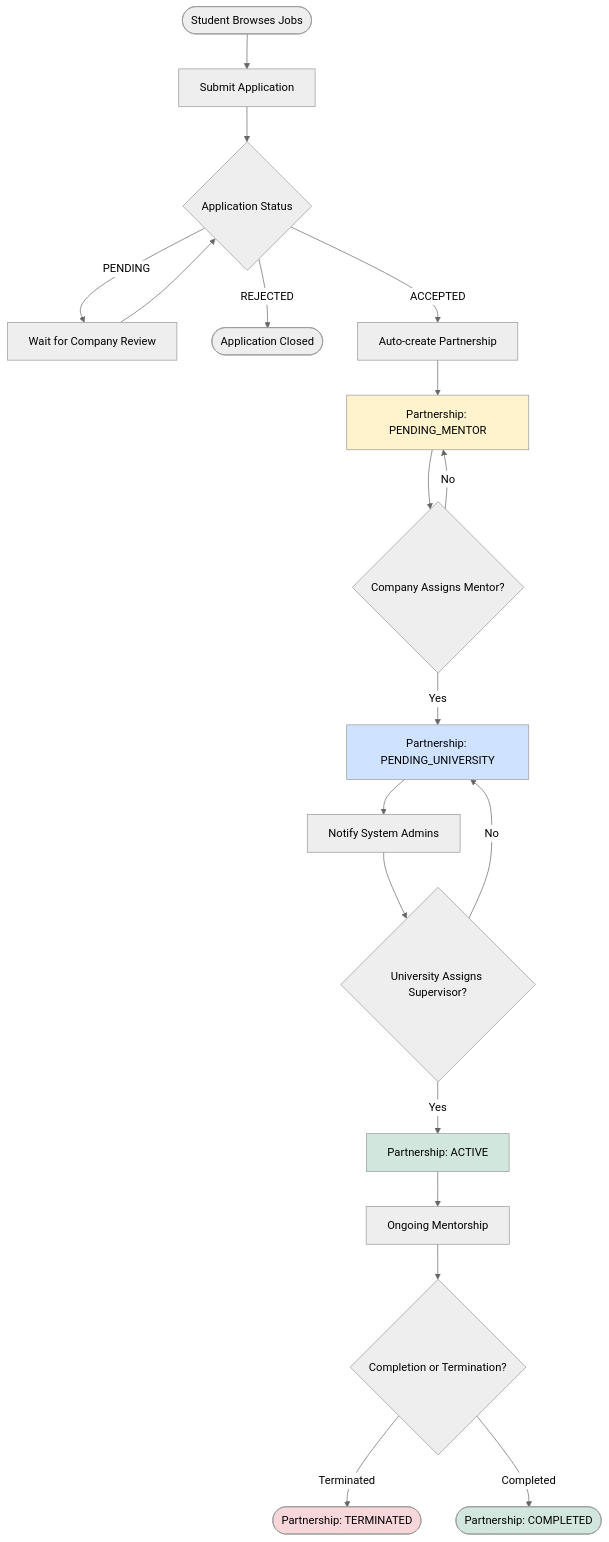
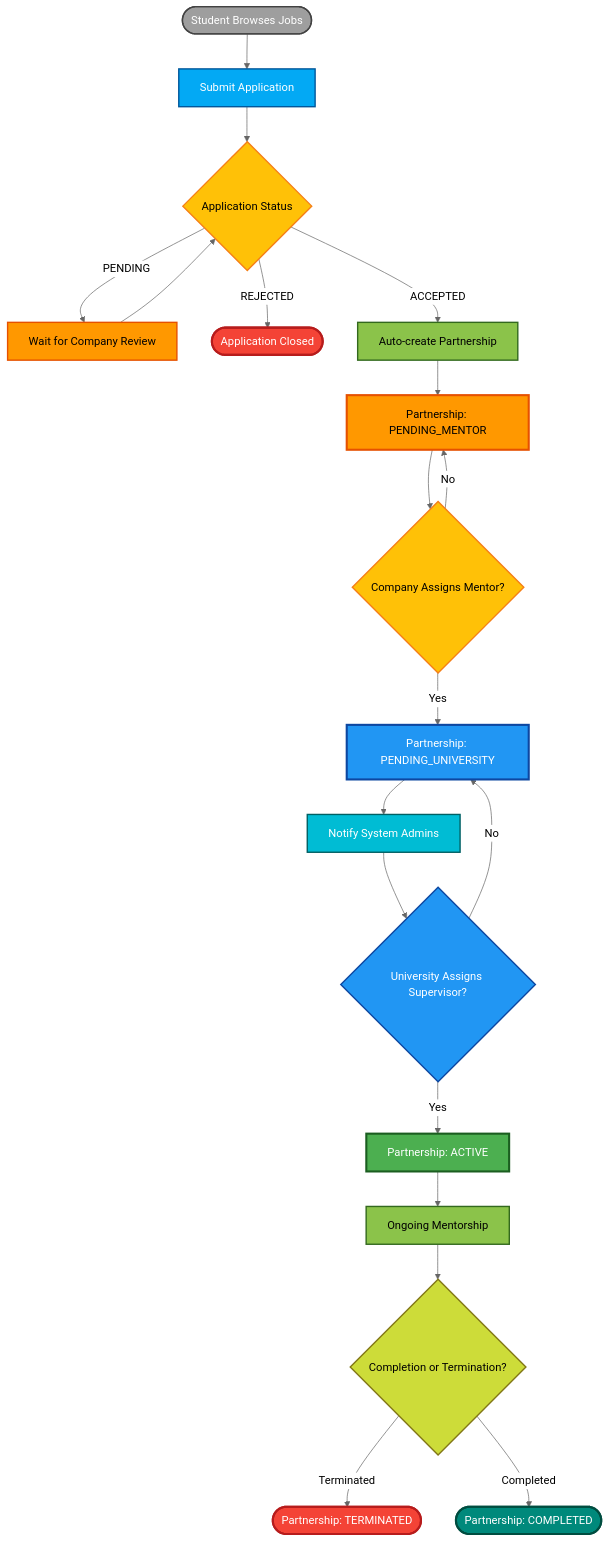
One commit to DrozsdikAdam/dual-kepzes-backend changed the sixth of 7 diagrams in README.md. Above: the diagram before and after it, drawn with Mermaid (neutral theme). The commit also changed other lines of this file, not shown here.

Commit message:
recoloring for better visibility

````diff
--- a/README.md
+++ b/README.md
@@ -333,33 +339,44 @@
 ```mermaid
 flowchart TD
     Start([Student Browses Jobs]) --> Apply[Submit Application]
     Apply --> Status{Application Status}
     
     Status -->|PENDING| Wait[Wait for Company Review]
     Wait --> Status
     
     Status -->|REJECTED| End1([Application Closed])
     
     Status -->|ACCEPTED| CreatePartnership[Auto-create Partnership]
     CreatePartnership --> P1[Partnership: PENDING_MENTOR]
     
     P1 --> AssignMentor{Company Assigns Mentor?}
     AssignMentor -->|Yes| P2[Partnership: PENDING_UNIVERSITY]
     AssignMentor -->|No| P1
     
     P2 --> Notify1[Notify System Admins]
     Notify1 --> AssignUni{University Assigns Supervisor?}
     AssignUni -->|Yes| P3[Partnership: ACTIVE]
     AssignUni -->|No| P2
     
     P3 --> Monitor[Ongoing Mentorship]
     Monitor --> Complete{Completion or Termination?}
     Complete -->|Terminated| End2([Partnership: TERMINATED])
     Complete -->|Completed| End3([Partnership: COMPLETED])
     
-    style P1 fill:#fff3cd
-    style P2 fill:#cfe2ff
-    style P3 fill:#d1e7dd
-    style End2 fill:#f8d7da
-    style End3 fill:#d1e7dd
+    style Start fill:#9e9e9e,stroke:#424242,stroke-width:2px,color:#fff
+    style Apply fill:#03a9f4,stroke:#01579b,stroke-width:2px,color:#fff
+    style Status fill:#ffc107,stroke:#f57f17,stroke-width:2px,color:#000
+    style Wait fill:#ff9800,stroke:#e65100,stroke-width:2px,color:#000
+    style End1 fill:#f44336,stroke:#b71c1c,stroke-width:3px,color:#fff
+    style CreatePartnership fill:#8bc34a,stroke:#33691e,stroke-width:2px,color:#000
+    style P1 fill:#ff9800,stroke:#e65100,stroke-width:3px,color:#000
+    style AssignMentor fill:#ffc107,stroke:#f57f17,stroke-width:2px,color:#000
+    style P2 fill:#2196f3,stroke:#0d47a1,stroke-width:3px,color:#fff
+    style Notify1 fill:#00bcd4,stroke:#006064,stroke-width:2px,color:#fff
+    style AssignUni fill:#2196f3,stroke:#0d47a1,stroke-width:2px,color:#fff
+    style P3 fill:#4caf50,stroke:#1b5e20,stroke-width:3px,color:#fff
+    style Monitor fill:#8bc34a,stroke:#33691e,stroke-width:2px,color:#000
+    style Complete fill:#cddc39,stroke:#827717,stroke-width:2px,color:#000
+    style End2 fill:#f44336,stroke:#b71c1c,stroke-width:3px,color:#fff
+    style End3 fill:#00897b,stroke:#004d40,stroke-width:3px,color:#fff
 ```
````
